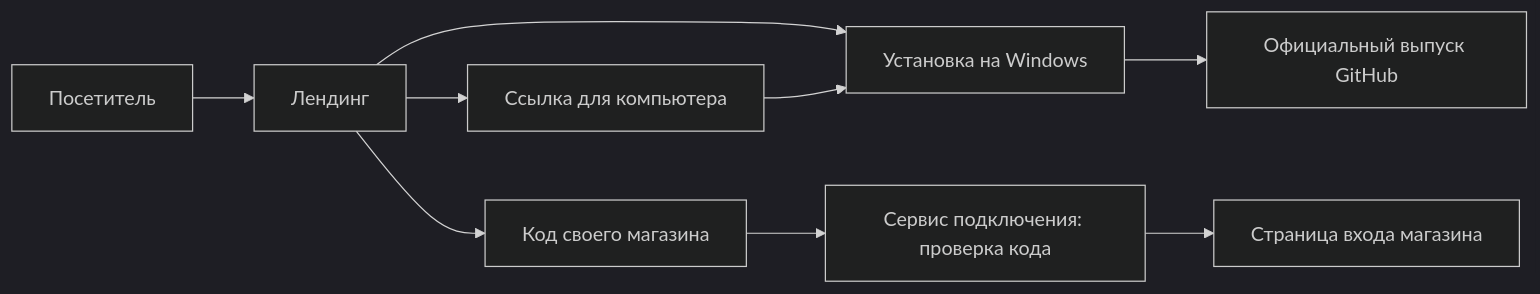
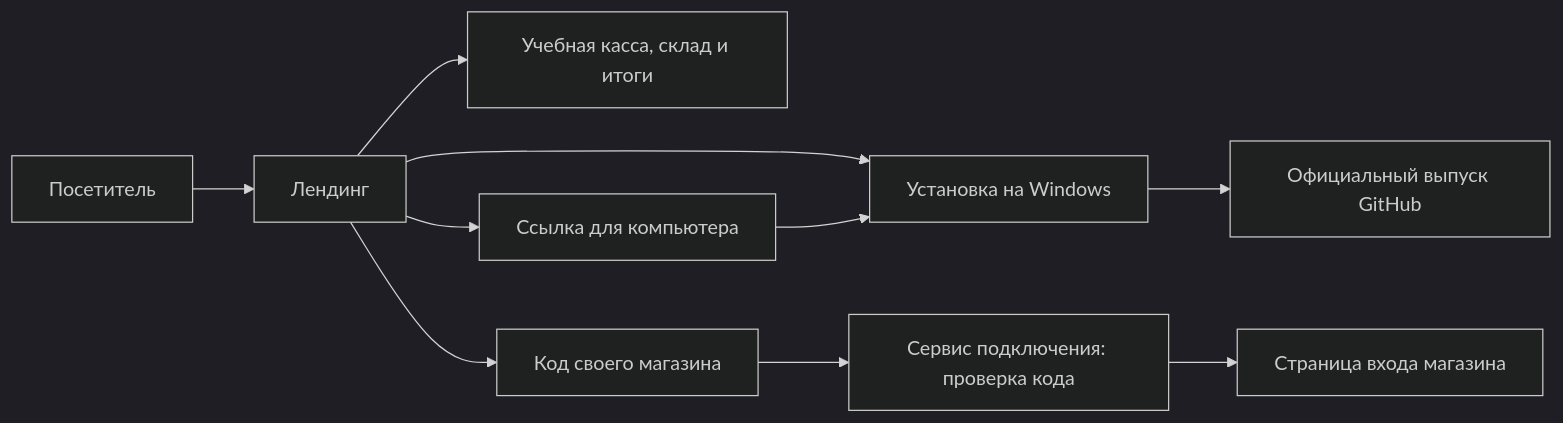
One commit to Sardorbek505/smart-store-site changed the diagram in docs/site-architecture.md. Above: the diagram before and after it, drawn with Mermaid (dark theme). The commit also changed other lines of this file and 11 other files, not shown here.

Commit message:
Connect landing product cards to the demo and repair compact layouts (#36)

````diff
--- a/docs/site-architecture.md
+++ b/docs/site-architecture.md
@@ -15,11 +16,12 @@
 ```mermaid
 flowchart LR
   Visitor[Посетитель] --> Landing[Лендинг]
+  Landing --> Demo[Учебная касса, склад и итоги]
   Landing --> Windows[Установка на Windows]
   Landing --> Handoff[Ссылка для компьютера]
   Landing --> Existing[Код своего магазина]
   Windows --> Releases[Официальный выпуск GitHub]
   Handoff --> Windows
   Existing --> Lookup[Сервис подключения: проверка кода]
   Lookup --> Login[Страница входа магазина]
 ```
````
